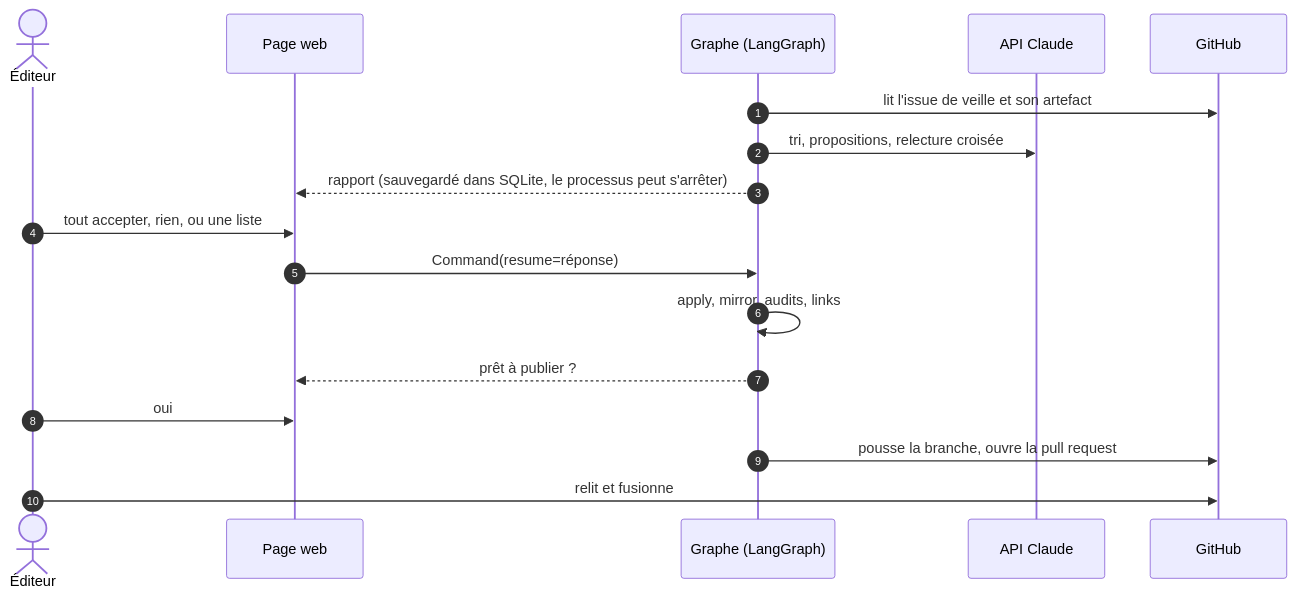
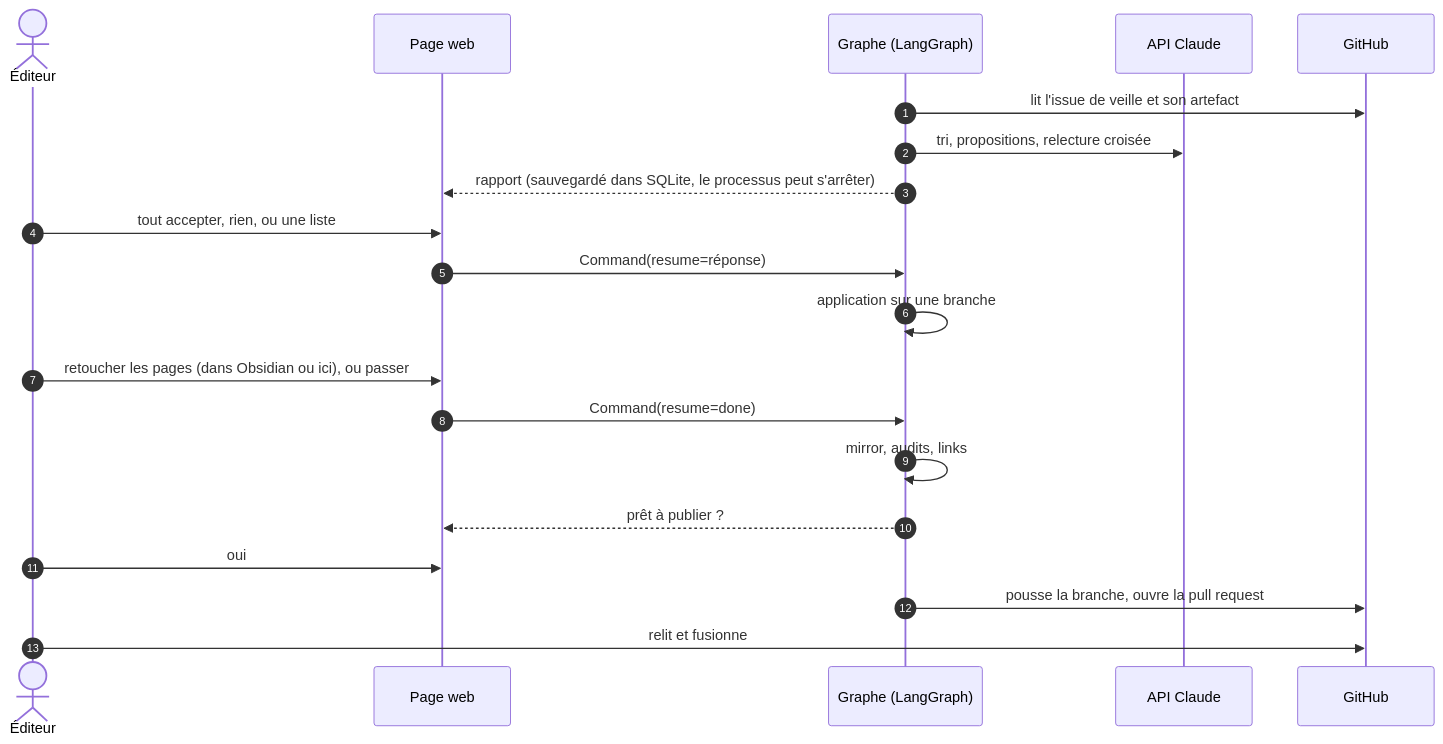
Before and after one commit to DamienBecherini/vault-watch-agent: the fourth of 6 diagrams in docs/fr/presentation.md, drawn with Mermaid. The commit also changed other lines of this file and 22 other files, not shown here.

Commit message:
H3: a pause to retouch the pages of the branch before the mirrors (the guide's folder lent to Obsidian, drafts set aside and put back, an editor in the page, the retouches committed as the editor's; resume --retouch)

````diff
--- a/docs/fr/presentation.md
+++ b/docs/fr/presentation.md
@@ -123,19 +123,22 @@
 ```mermaid
 sequenceDiagram
   autonumber
   actor E as Éditeur
   participant W as Page web
   participant G as Graphe (LangGraph)
   participant C as API Claude
   participant H as GitHub
   G->>H: lit l'issue de veille et son artefact
   G->>C: tri, propositions, relecture croisée
   G-->>W: rapport (sauvegardé dans SQLite, le processus peut s'arrêter)
   E->>W: tout accepter, rien, ou une liste
   W->>G: Command(resume=réponse)
-  G->>G: apply, mirror, audits, links
+  G->>G: application sur une branche
+  E->>W: retoucher les pages (dans Obsidian ou ici), ou passer
+  W->>G: Command(resume=done)
+  G->>G: mirror, audits, links
   G-->>W: prêt à publier ?
   E->>W: oui
   G->>H: pousse la branche, ouvre la pull request
   E->>H: relit et fusionne
 ```
````
